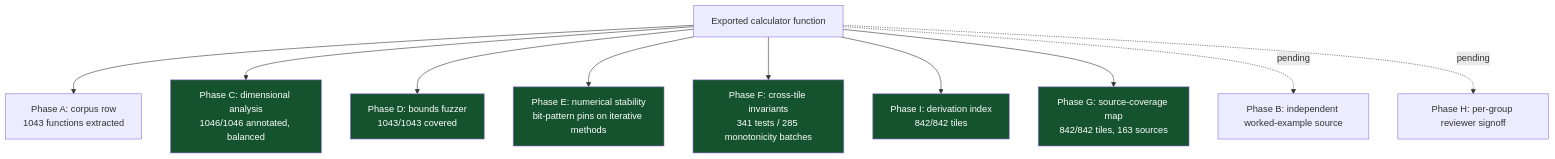
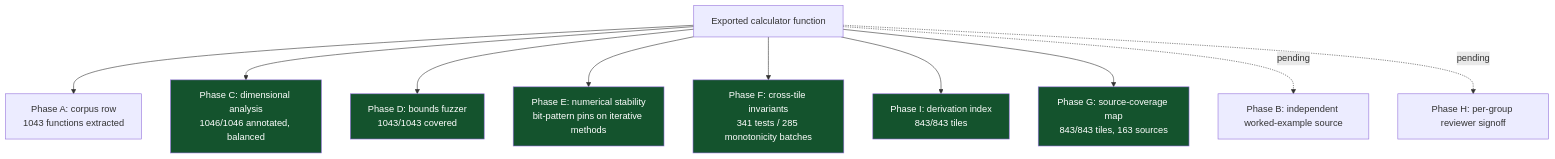
The sixth of 8 diagrams in README.md (clay-good/roughlogic.com), drawn with Mermaid before and after one commit. The commit also changed other lines of this file and 16 other files, not shown here.

````diff
--- a/README.md
+++ b/README.md
@@ -519,18 +519,18 @@
 ```mermaid
 flowchart TB
     F[Exported calculator function] --> A[Phase A: corpus row\n1043 functions extracted]
     F --> C[Phase C: dimensional analysis\n1046/1046 annotated, balanced]
     F --> D[Phase D: bounds fuzzer\n1043/1043 covered]
     F --> E[Phase E: numerical stability\nbit-pattern pins on iterative methods]
     F --> Fa[Phase F: cross-tile invariants\n341 tests / 285 monotonicity batches]
-    F --> I[Phase I: derivation index\n842/842 tiles]
-    F --> G[Phase G: source-coverage map\n842/842 tiles, 163 sources]
+    F --> I[Phase I: derivation index\n843/843 tiles]
+    F --> G[Phase G: source-coverage map\n843/843 tiles, 163 sources]
     F -.pending.-> B[Phase B: independent worked-example source]
     F -.pending.-> H[Phase H: per-group reviewer signoff]
     style C fill:#14532d,color:#fff
     style D fill:#14532d,color:#fff
     style E fill:#14532d,color:#fff
     style Fa fill:#14532d,color:#fff
     style G fill:#14532d,color:#fff
     style I fill:#14532d,color:#fff
 ```
````
